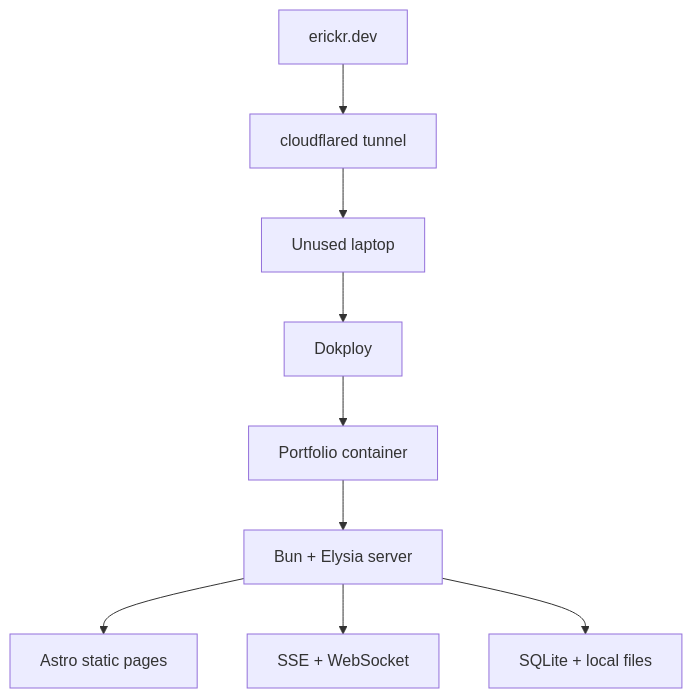
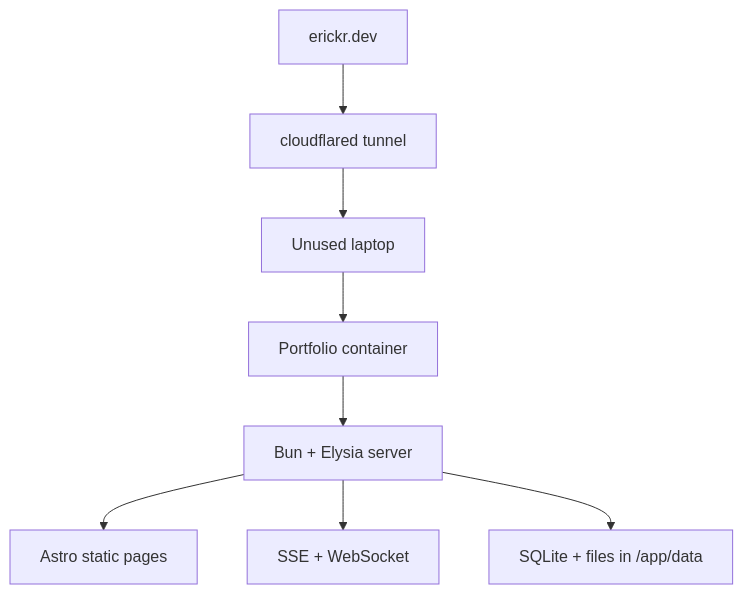
Before and after one commit to ErickCReis/ErickCReis: the first of 2 diagrams in web/content/blog/rewriting-my-portfolio-for-self-hosting.mdx, drawn with Mermaid. The commit also changed other lines of this file and 1 other file, not shown here.

First line of the commit message:
Rewrite self-hosting portfolio article

````diff
--- a/web/content/blog/rewriting-my-portfolio-for-self-hosting.mdx
+++ b/web/content/blog/rewriting-my-portfolio-for-self-hosting.mdx
@@ -28,11 +33,10 @@
 ```mermaid
 flowchart TB
   Domain["erickr.dev"] --> Tunnel["cloudflared tunnel"]
-  Tunnel --> Laptop["Unused laptop"]
-  Laptop --> Dokploy["Dokploy"]
-  Dokploy --> Container["Portfolio container"]
+  Tunnel --> Host["Unused laptop"]
+  Host --> Container["Portfolio container"]
   Container --> Server["Bun + Elysia server"]
   Server --> Static["Astro static pages"]
   Server --> Live["SSE + WebSocket"]
-  Server --> Data["SQLite + local files"]
+  Server --> Data["SQLite + files in /app/data"]
 ```
````
